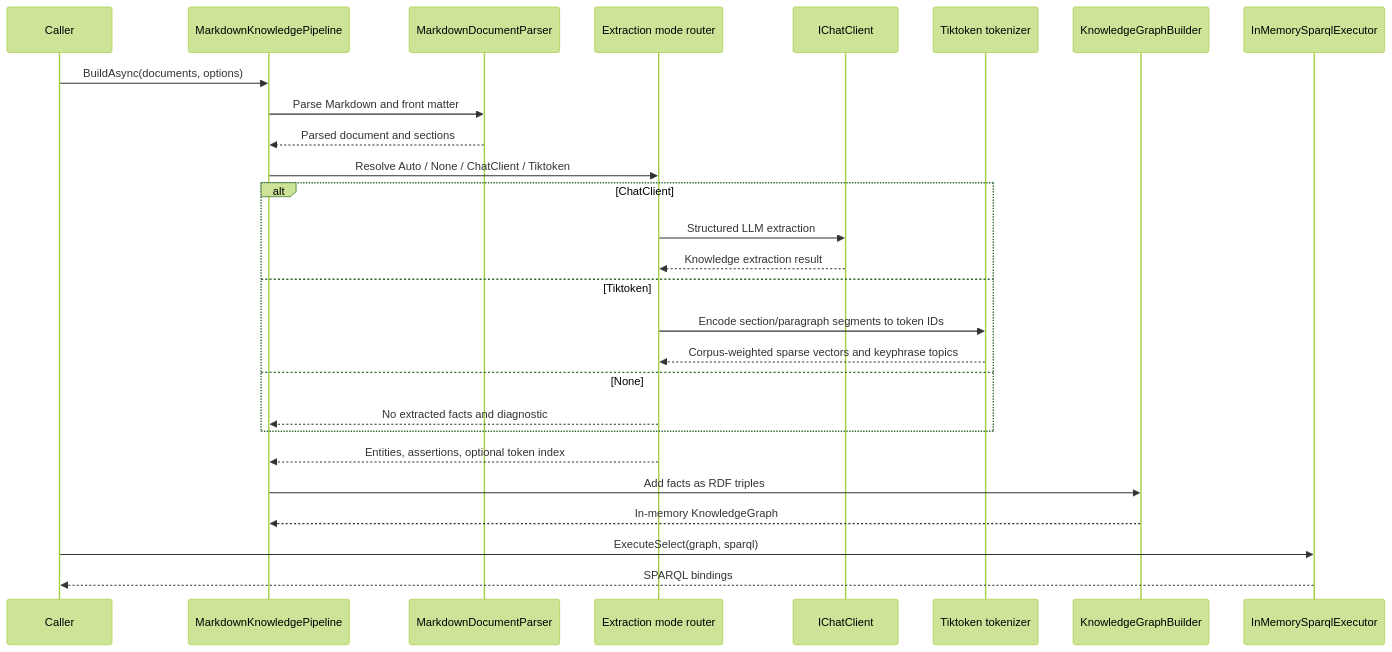
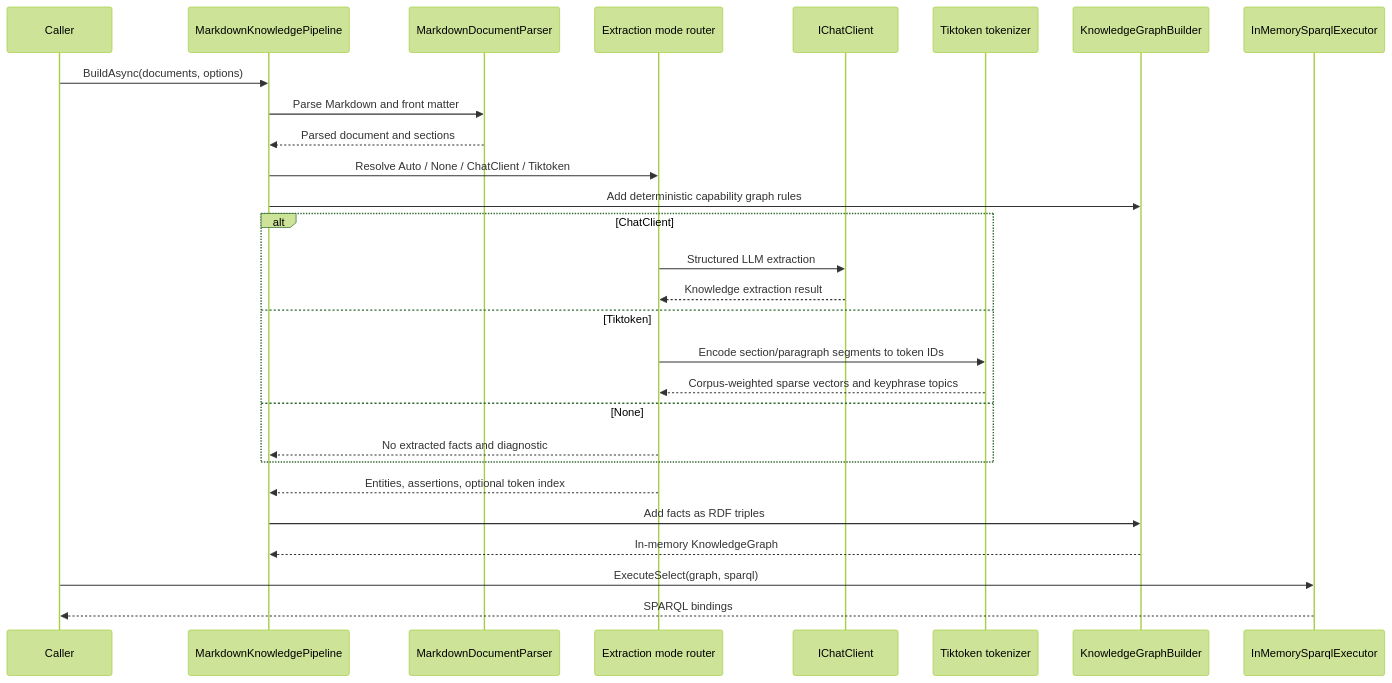
The second of 4 diagrams in docs/Architecture.md (managedcode/markdown-ld-kb), drawn with Mermaid (forest theme) before and after one commit. The commit also changed other lines of this file and 13 other files, not shown here.

````diff
--- a/docs/Architecture.md
+++ b/docs/Architecture.md
@@ -41,30 +44,31 @@
 ```mermaid
 sequenceDiagram
     participant Caller
     participant Pipeline as MarkdownKnowledgePipeline
     participant Parser as MarkdownDocumentParser
     participant Router as Extraction mode router
     participant Chat as IChatClient
     participant Tokenizer as Tiktoken tokenizer
     participant Graph as KnowledgeGraphBuilder
     participant Query as InMemorySparqlExecutor
 
     Caller->>Pipeline: BuildAsync(documents, options)
     Pipeline->>Parser: Parse Markdown and front matter
     Parser-->>Pipeline: Parsed document and sections
     Pipeline->>Router: Resolve Auto / None / ChatClient / Tiktoken
+    Pipeline->>Graph: Add deterministic capability graph rules
     alt ChatClient
         Router->>Chat: Structured LLM extraction
         Chat-->>Router: Knowledge extraction result
     else Tiktoken
         Router->>Tokenizer: Encode section/paragraph segments to token IDs
         Tokenizer-->>Router: Corpus-weighted sparse vectors and keyphrase topics
     else None
         Router-->>Pipeline: No extracted facts and diagnostic
     end
     Router-->>Pipeline: Entities, assertions, optional token index
     Pipeline->>Graph: Add facts as RDF triples
     Graph-->>Pipeline: In-memory KnowledgeGraph
     Caller->>Query: ExecuteSelect(graph, sparql)
     Query-->>Caller: SPARQL bindings
 ```
````
